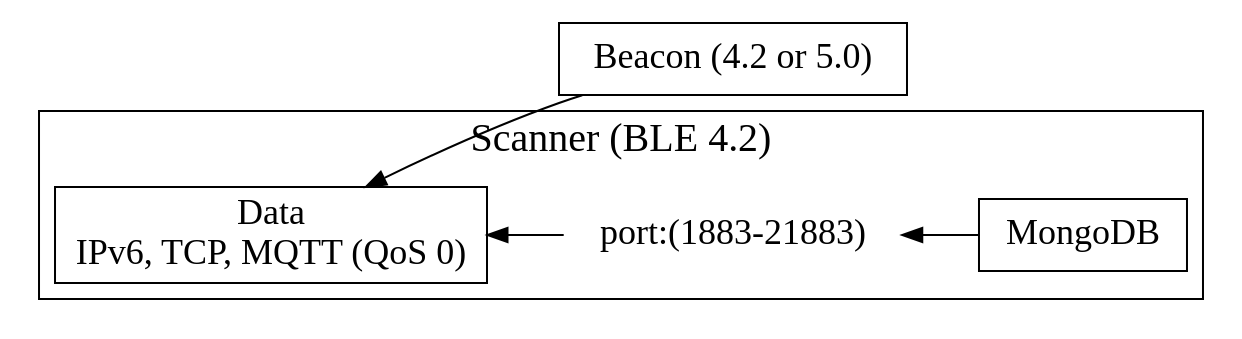
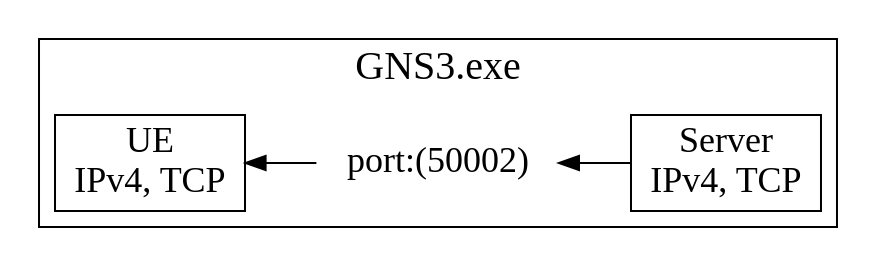
The diagram in README.md (ramirezramiro/tcpsocket-gns3), drawn with Graphviz before and after one commit. The commit also changed other lines of this file, not shown here.

````diff
--- a/README.md
+++ b/README.md
@@ -29,35 +27,28 @@
 ```graphviz
 digraph {
   compound=true
   rankdir=RL
 
   graph [ fontname="Source Sans Pro", fontsize=20 ];
   node [ fontname="Source Sans Pro", fontsize=18];
   edge [ fontname="Source Sans Pro", fontsize=12 ];
 
 
-  subgraph core {
-    c [label="Beacon (4.2 or 5.0)"] [shape=box]
-  }
-  
-  c -> a [ltail=session lhead=session]
-
   subgraph cluster1 {
      concentrate=true
-    a [label="Data\nIPv6, TCP, MQTT (QoS 0)"] [shape=box]
+    a [label="UE\nIPv4, TCP"] [shape=box]
    
-    sync [label="port:(1883-21883)" shape=plaintext ]
+    sync [label="port:(50002)" shape=plaintext ]
     b -> sync  [dir="down"]
     sync -> a [dir="right"]
-    label="Scanner (BLE 4.2)"
+    label="GNS3.exe"
   }
 
   subgraph cluster2 {
     
-    b [label="MongoDB"] [shape=box]
-    sync [label="port:(1883-21883)" shape=plaintext ]
-    label="Database"
+    b [label="Server\nIPv4, TCP"] [shape=box]
+    sync [label="port:(50002)" shape=plaintext ]
   }
   
 }
 ```
````
